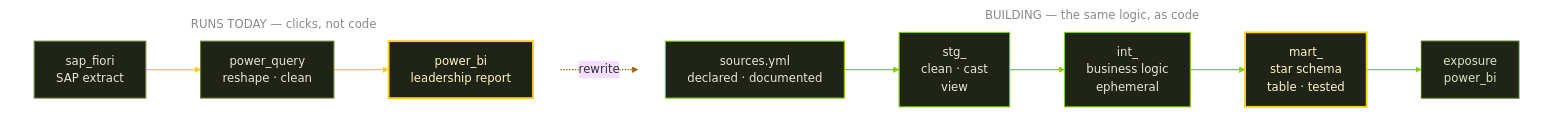
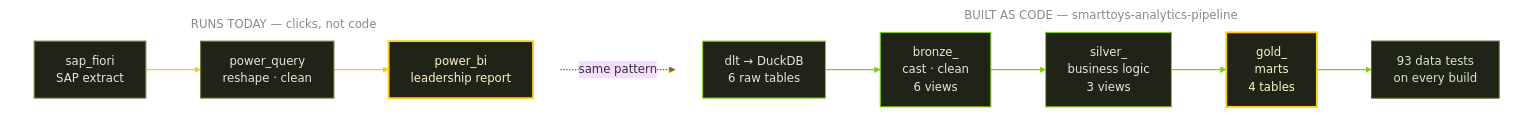
Before and after one commit to duyngoduyngo/duyngoduyngo: the diagram in README.md, drawn with Mermaid (base theme). The commit also changed other lines of this file, not shown here.

````diff
--- a/README.md
+++ b/README.md
@@ -90,30 +100,30 @@
 ```mermaid
 flowchart LR
     subgraph now [" RUNS TODAY — clicks, not code "]
         direction LR
         A["sap_fiori<br/>SAP extract"] --> B["power_query<br/>reshape · clean"] --> C["power_bi<br/>leadership report"]
     end
 
-    subgraph next [" BUILDING — the same logic, as code "]
+    subgraph next [" BUILT AS CODE — smarttoys-analytics-pipeline "]
         direction LR
-        D["sources.yml<br/>declared · documented"] --> E["stg_<br/>clean · cast<br/>view"] --> F["int_<br/>business logic<br/>ephemeral"] --> G["mart_<br/>star schema<br/>table · tested"] --> H["exposure<br/>power_bi"]
+        D["dlt → DuckDB<br/>6 raw tables"] --> E["bronze_<br/>cast · clean<br/>6 views"] --> F["silver_<br/>business logic<br/>3 views"] --> G["gold_<br/>marts<br/>4 tables"] --> H["93 data tests<br/>on every build"]
     end
 
-    C -.->|"rewrite"| E
+    C -.->|"same pattern"| E
 
     style A fill:#1f2416,stroke:#6b7d3a,stroke-width:1.5px,color:#e8e6d9
     style B fill:#1f2416,stroke:#6b7d3a,stroke-width:1.5px,color:#e8e6d9
     style C fill:#1f2416,stroke:#facc15,stroke-width:2.5px,color:#fef3c7
     style D fill:#1f2416,stroke:#84cc16,stroke-width:1.5px,color:#e8e6d9
     style E fill:#1f2416,stroke:#84cc16,stroke-width:1.5px,color:#e8e6d9
     style F fill:#1f2416,stroke:#84cc16,stroke-width:1.5px,color:#e8e6d9
     style G fill:#1f2416,stroke:#facc15,stroke-width:2.5px,color:#fef3c7
     style H fill:#1f2416,stroke:#3f6212,stroke-width:1.5px,color:#d9e5c4
 
     style now  fill:none,stroke:none,color:#8a8a8a
     style next fill:none,stroke:none,color:#8a8a8a
 
     linkStyle 0,1 stroke:#facc15,stroke-width:2px
     linkStyle 2,3,4,5 stroke:#84cc16,stroke-width:2px
     linkStyle 6 stroke:#a16207,stroke-width:1.5px
 ```
````
